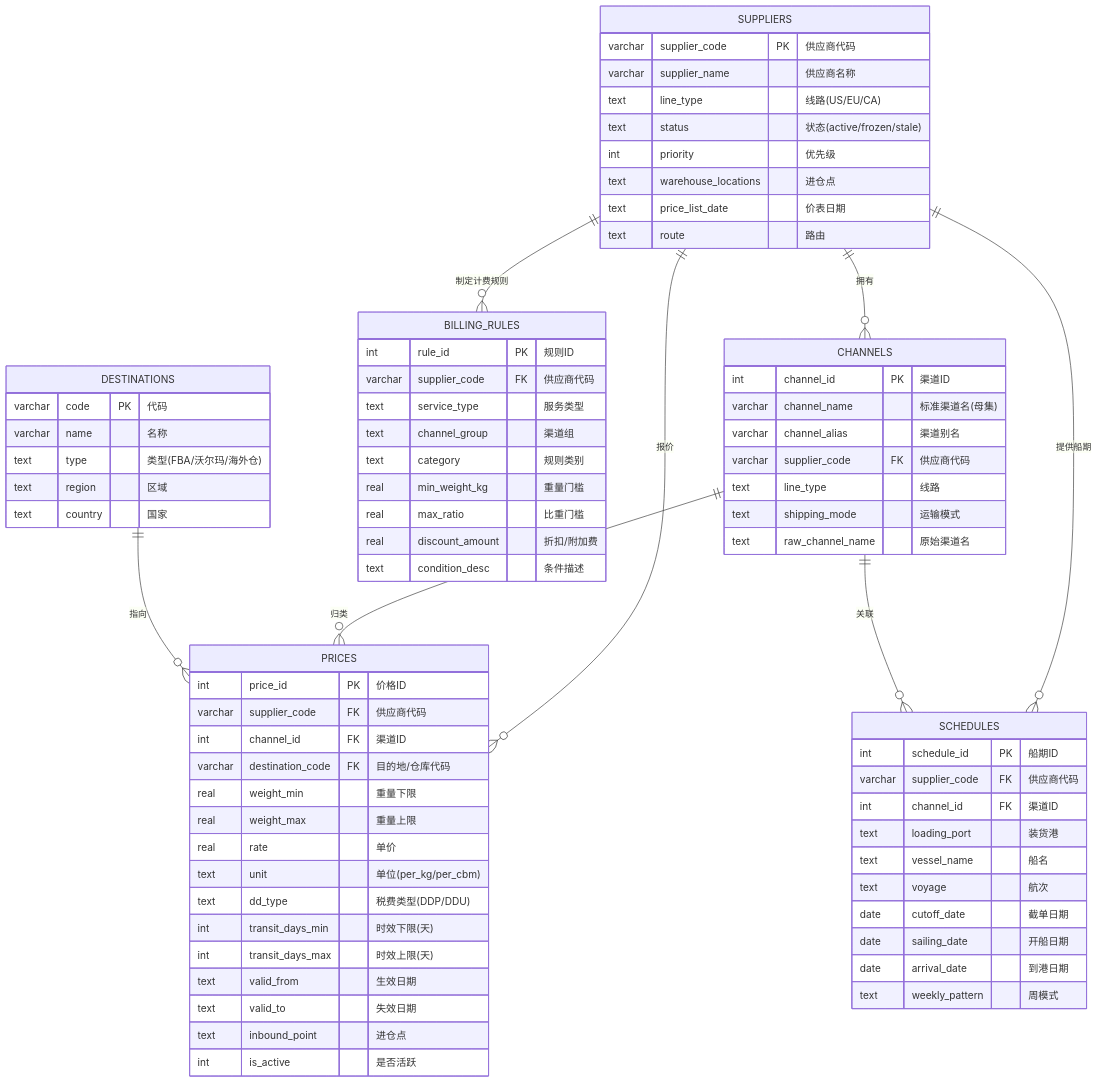
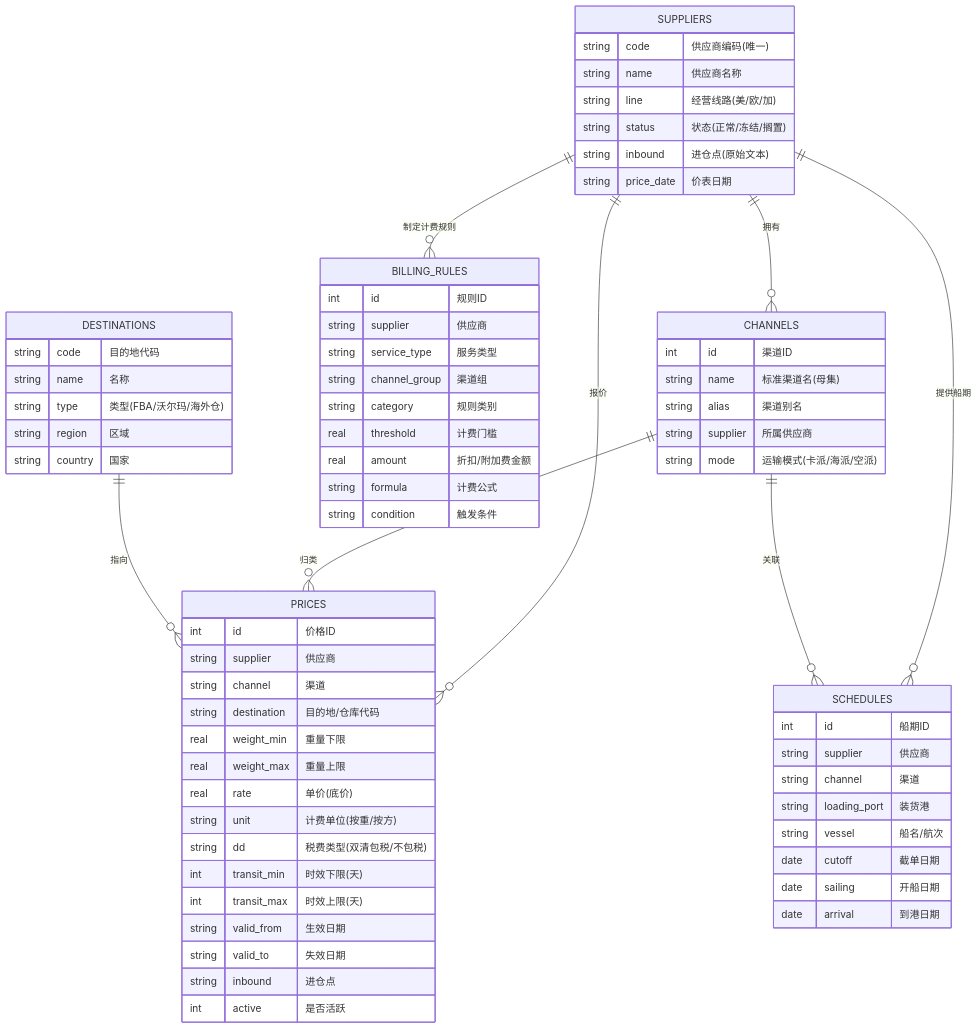
The diagram in ER.md (ppppadd/freight-rfq-demo), drawn with Mermaid before and after one commit. The commit also changed other lines of this file and 6 other files, not shown here.

````diff
--- a/ER.md
+++ b/ER.md
@@ -7,82 +7,76 @@
 ```mermaid
 erDiagram
     SUPPLIERS ||--o{ CHANNELS : "拥有"
     SUPPLIERS ||--o{ PRICES : "报价"
     SUPPLIERS ||--o{ SCHEDULES : "提供船期"
     SUPPLIERS ||--o{ BILLING_RULES : "制定计费规则"
     CHANNELS ||--o{ PRICES : "归类"
     CHANNELS ||--o{ SCHEDULES : "关联"
     DESTINATIONS ||--o{ PRICES : "指向"
 
     SUPPLIERS {
-        varchar supplier_code PK "供应商代码"
-        varchar supplier_name "供应商名称"
-        text line_type "线路(US/EU/CA)"
-        text status "状态(active/frozen/stale)"
-        int priority "优先级"
-        text warehouse_locations "进仓点"
-        text price_list_date "价表日期"
-        text route "路由"
+        string code "供应商编码(唯一)"
+        string name "供应商名称"
+        string line "经营线路(美/欧/加)"
+        string status "状态(正常/冻结/搁置)"
+        string inbound "进仓点(原始文本)"
+        string price_date "价表日期"
     }
 
     CHANNELS {
-        int channel_id PK "渠道ID"
-        varchar channel_name "标准渠道名(母集)"
-        varchar channel_alias "渠道别名"
-        varchar supplier_code FK "供应商代码"
-        text line_type "线路"
-        text shipping_mode "运输模式"
-        text raw_channel_name "原始渠道名"
+        int id "渠道ID"
+        string name "标准渠道名(母集)"
+        string alias "渠道别名"
+        string supplier "所属供应商"
+        string mode "运输模式(卡派/海派/空派)"
     }
 
     PRICES {
-        int price_id PK "价格ID"
-        varchar supplier_code FK "供应商代码"
-        int channel_id FK "渠道ID"
-        varchar destination_code FK "目的地/仓库代码"
+        int id "价格ID"
+        string supplier "供应商"
+        string channel "渠道"
+        string destination "目的地/仓库代码"
         real weight_min "重量下限"
         real weight_max "重量上限"
-        real rate "单价"
-        text unit "单位(per_kg/per_cbm)"
-        text dd_type "税费类型(DDP/DDU)"
-        int transit_days_min "时效下限(天)"
-        int transit_days_max "时效上限(天)"
-        text valid_from "生效日期"
-        text valid_to "失效日期"
-        text inbound_point "进仓点"
-        int is_active "是否活跃"
+        real rate "单价(底价)"
+        string unit "计费单位(按重/按方)"
+        string dd "税费类型(双清包税/不包税)"
+        int transit_min "时效下限(天)"
+        int transit_max "时效上限(天)"
+        string valid_from "生效日期"
+        string valid_to "失效日期"
+        string inbound "进仓点"
+        int active "是否活跃"
     }
 
     SCHEDULES {
-        int schedule_id PK "船期ID"
-        varchar supplier_code FK "供应商代码"
-        int channel_id FK "渠道ID"
-        text loading_port "装货港"
-        text vessel_name "船名"
-        text voyage "航次"
-        date cutoff_date "截单日期"
-        date sailing_date "开船日期"
-        date arrival_date "到港日期"
-        text weekly_pattern "周模式"
+        int id "船期ID"
+        string supplier "供应商"
+        string channel "渠道"
+        string loading_port "装货港"
+        string vessel "船名/航次"
+        date cutoff "截单日期"
+        date sailing "开船日期"
+        date arrival "到港日期"
     }
 
     BILLING_RULES {
-        int rule_id PK "规则ID"
-        varchar supplier_code FK "供应商代码"
-        text service_type "服务类型"
-        text channel_group "渠道组"
-        text category "规则类别"
-        real min_weight_kg "重量门槛"
-        real max_ratio "比重门槛"
-        real discount_amount "折扣/附加费"
-        text condition_desc "条件描述"
+        int id "规则ID"
+        string supplier "供应商"
+        string service_type "服务类型"
+        string channel_group "渠道组"
+        string category "规则类别"
+        real threshold "计费门槛"
+        real amount "折扣/附加费金额"
+        string formula "计费公式"
+        string condition "触发条件"
     }
 
     DESTINATIONS {
-        varchar code PK "代码"
-        varchar name "名称"
-        text type "类型(FBA/沃尔玛/海外仓)"
-        text region "区域"
-        text country "国家"
+        string code "目的地代码"
+        string name "名称"
+        string type "类型(FBA/沃尔玛/海外仓)"
+        string region "区域"
+        string country "国家"
     }
 ```
````
